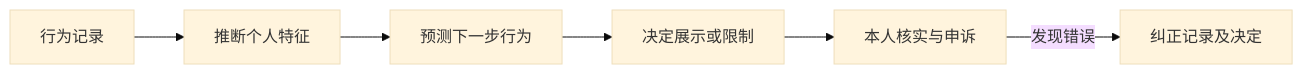
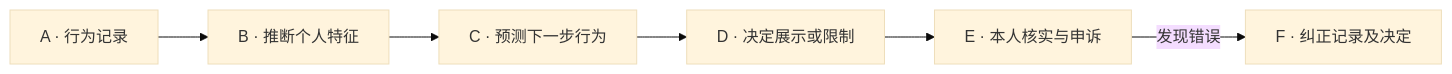
The first of 7 diagrams in IS5113_AI_Ethics_and_Regulations/notes/M06-隐私与监控-从数据采集到行为影响.md (CercaTrovato/cityu-ai-course-notes), drawn with Mermaid (base theme) before and after one commit. The commit also changed other lines of this file and 104 other files, not shown here.

````diff
--- a/IS5113_AI_Ethics_and_Regulations/notes/M06-隐私与监控-从数据采集到行为影响.md
+++ b/IS5113_AI_Ethics_and_Regulations/notes/M06-隐私与监控-从数据采集到行为影响.md
@@ -225,8 +228,8 @@
 ```mermaid
 flowchart LR
- A[行为记录] --> B[推断个人特征]
- B --> C[预测下一步行为]
- C --> D[决定展示或限制]
- D --> E[本人核实与申诉]
- E -->|发现错误| F[纠正记录及决定]
+ A[A · 行为记录] --> B[B · 推断个人特征]
+ B --> C[C · 预测下一步行为]
+ C --> D[D · 决定展示或限制]
+ D --> E[E · 本人核实与申诉]
+ E -->|发现错误| F[F · 纠正记录及决定]
 ```
````
